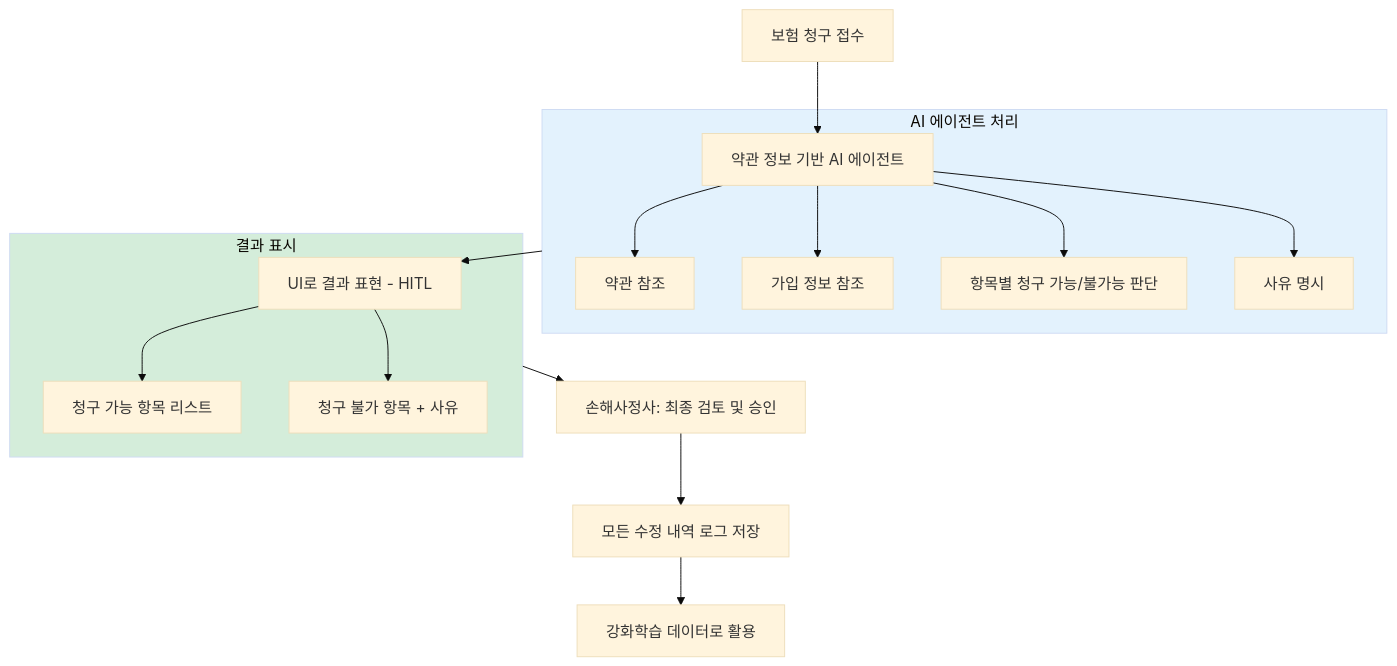
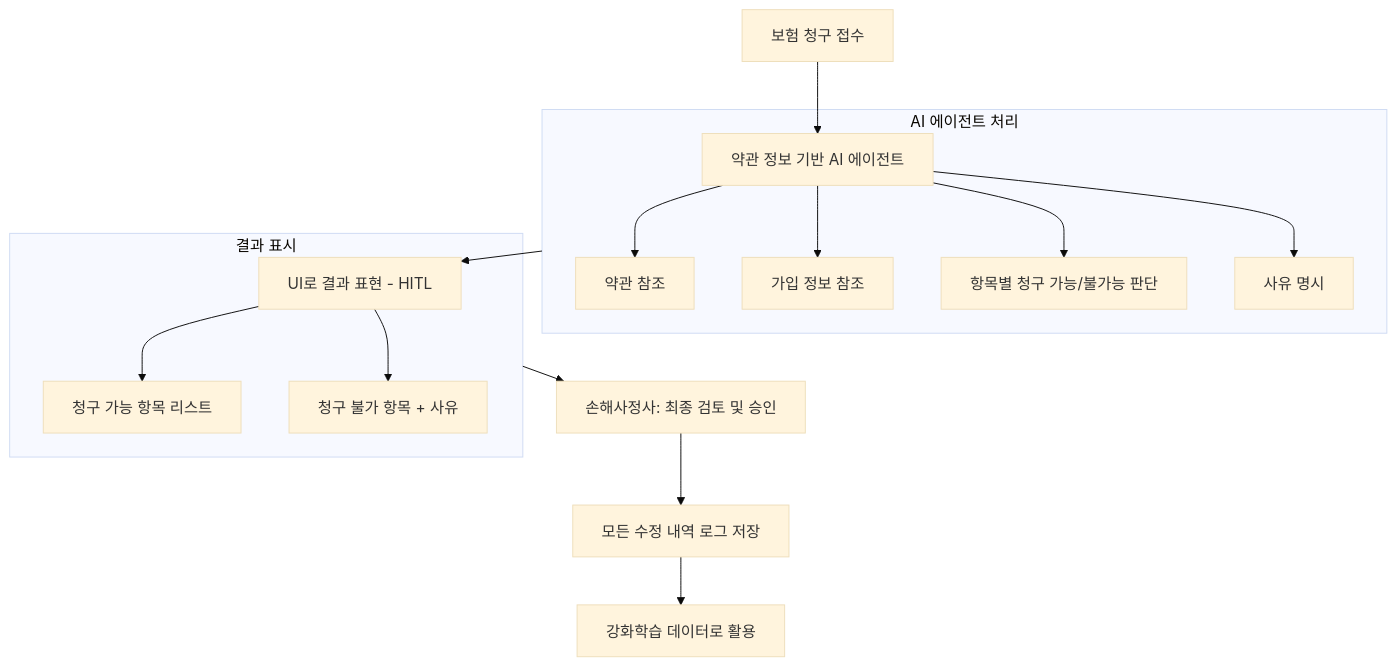
The second of 5 diagrams in 03-agent/34-execution.md (Kanghyeop/pages-book-agent101), drawn with Mermaid (base theme) before and after one commit. The commit also changed 5 other files, not shown here.

Commit message:
fix: Mermaid GitHub 호환성 수정

````diff
--- a/03-agent/34-execution.md
+++ b/03-agent/34-execution.md
@@ -142,25 +142,22 @@
 ```mermaid
 flowchart TB
     A[보험 청구 접수] --> B[약관 정보 기반 AI 에이전트]
 
     subgraph Agent[AI 에이전트 처리]
         B --> B1[약관 참조]
         B --> B2[가입 정보 참조]
         B --> B3[항목별 청구 가능/불가능 판단]
         B --> B4[사유 명시]
     end
 
     Agent --> C[UI로 결과 표현 - HITL]
 
     subgraph Result[결과 표시]
         C --> C1[청구 가능 항목 리스트]
         C --> C2[청구 불가 항목 + 사유]
     end
 
     Result --> D[손해사정사: 최종 검토 및 승인]
     D --> E[모든 수정 내역 로그 저장]
     E --> F[강화학습 데이터로 활용]
-
-    style Agent fill:#E3F2FD
-    style Result fill:#D4EDDA
 ```
````
